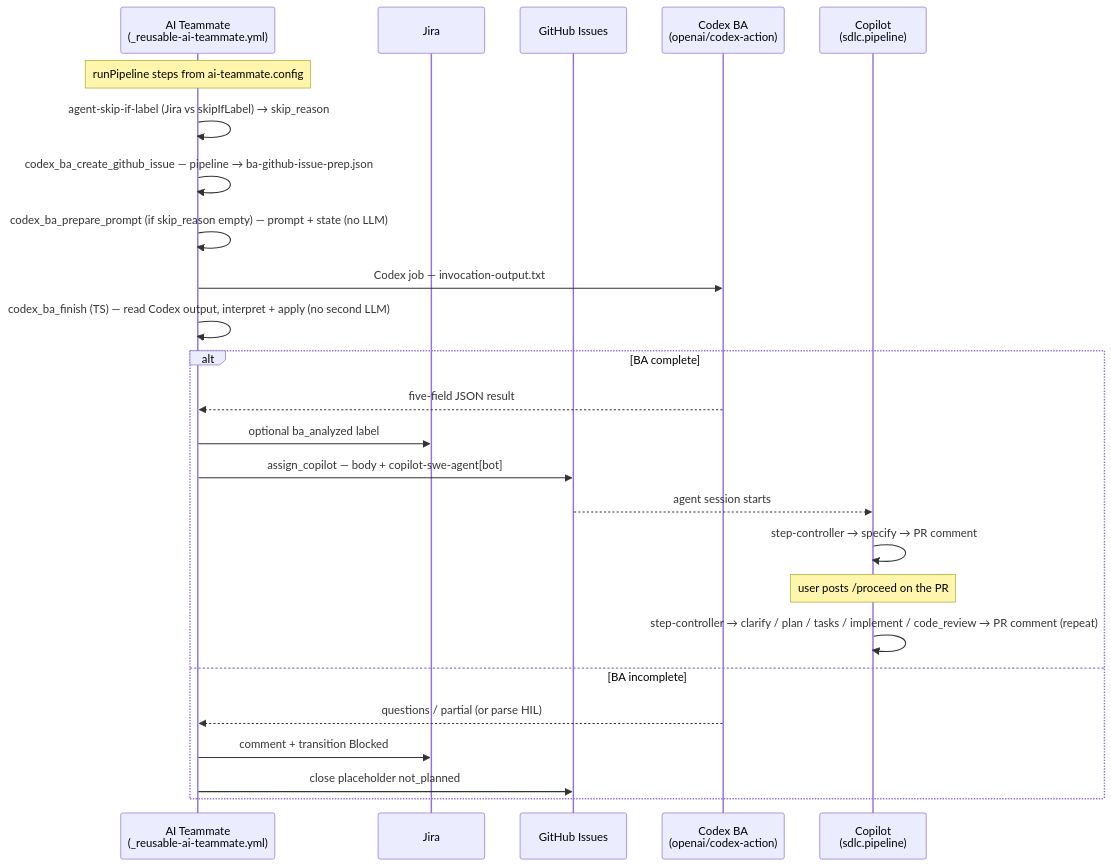
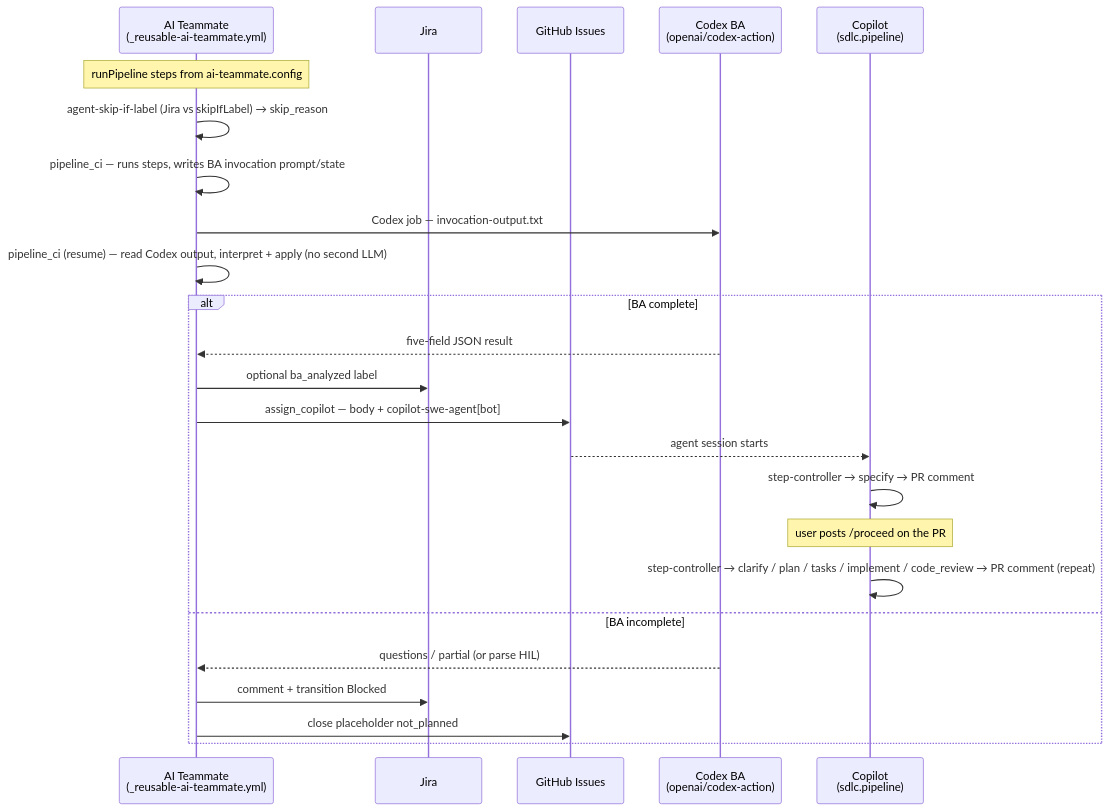
The first of 3 diagrams in README.md (DmitryLukyanov/SDLCAgents), drawn with Mermaid before and after one commit. The commit also changed other lines of this file and 10 other files, not shown here.

````diff
--- a/README.md
+++ b/README.md
@@ -118,29 +116,28 @@
 ```mermaid
 sequenceDiagram
     participant AT as AI Teammate<br/>(_reusable-ai-teammate.yml)
     participant J as Jira
     participant GH as GitHub Issues
     participant CX as Codex BA<br/>(openai/codex-action)
     participant COP as Copilot<br/>(sdlc.pipeline)
 
     Note over AT: runPipeline steps from ai-teammate.config
 
     AT->>AT: agent-skip-if-label (Jira vs skipIfLabel) → skip_reason
-    AT->>AT: codex_ba_create_github_issue — pipeline → ba-github-issue-prep.json
-    AT->>AT: codex_ba_prepare_prompt (if skip_reason empty) — prompt + state (no LLM)
+    AT->>AT: pipeline_ci — runs steps, writes BA invocation prompt/state
     AT->>CX: Codex job — invocation-output.txt
-    AT->>AT: codex_ba_finish (TS) — read Codex output, interpret + apply (no second LLM)
+    AT->>AT: pipeline_ci (resume) — read Codex output, interpret + apply (no second LLM)
     alt BA complete
         CX-->>AT: five-field JSON result
         AT->>J: optional ba_analyzed label
         AT->>GH: assign_copilot — body + copilot-swe-agent[bot]
         GH-->>COP: agent session starts
         COP->>COP: step-controller → specify → PR comment
         Note over COP: user posts /proceed on the PR
         COP->>COP: step-controller → clarify / plan / tasks / implement / code_review → PR comment (repeat)
     else BA incomplete
         CX-->>AT: questions / partial (or parse HIL)
         AT->>J: comment + transition Blocked
         AT->>GH: close placeholder not_planned
     end
 ```
````
